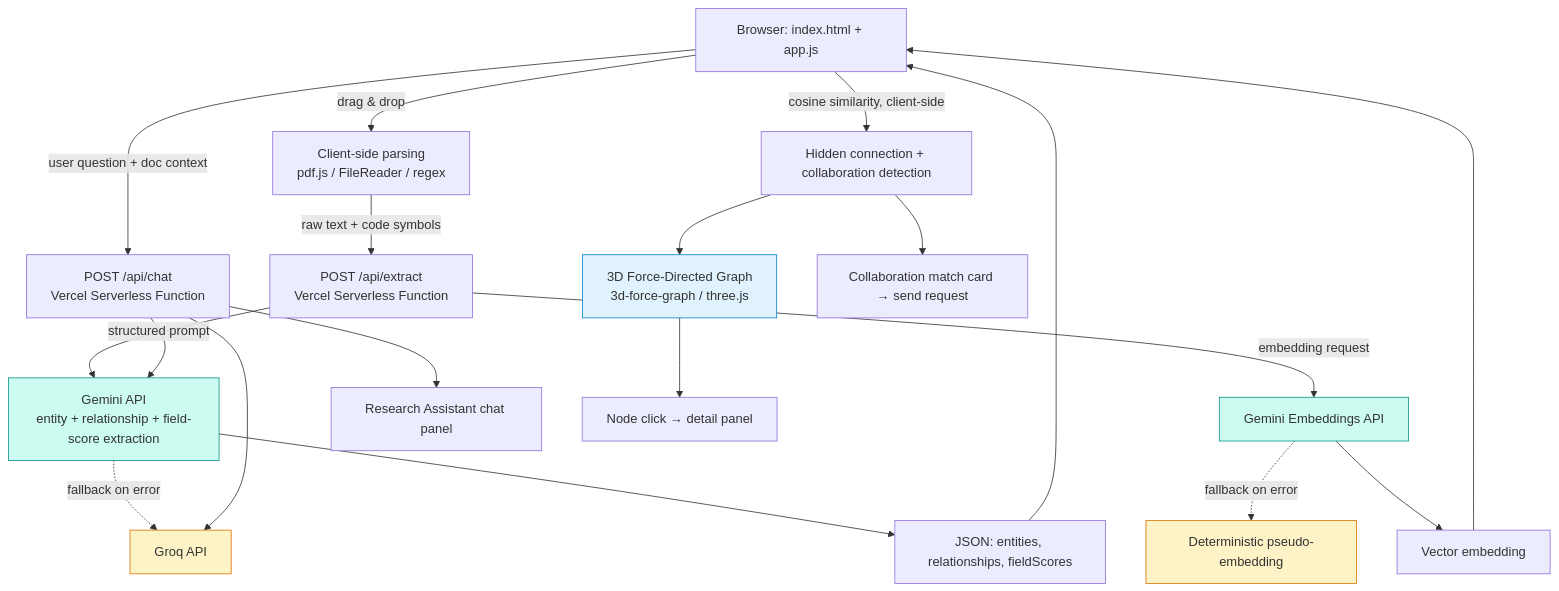
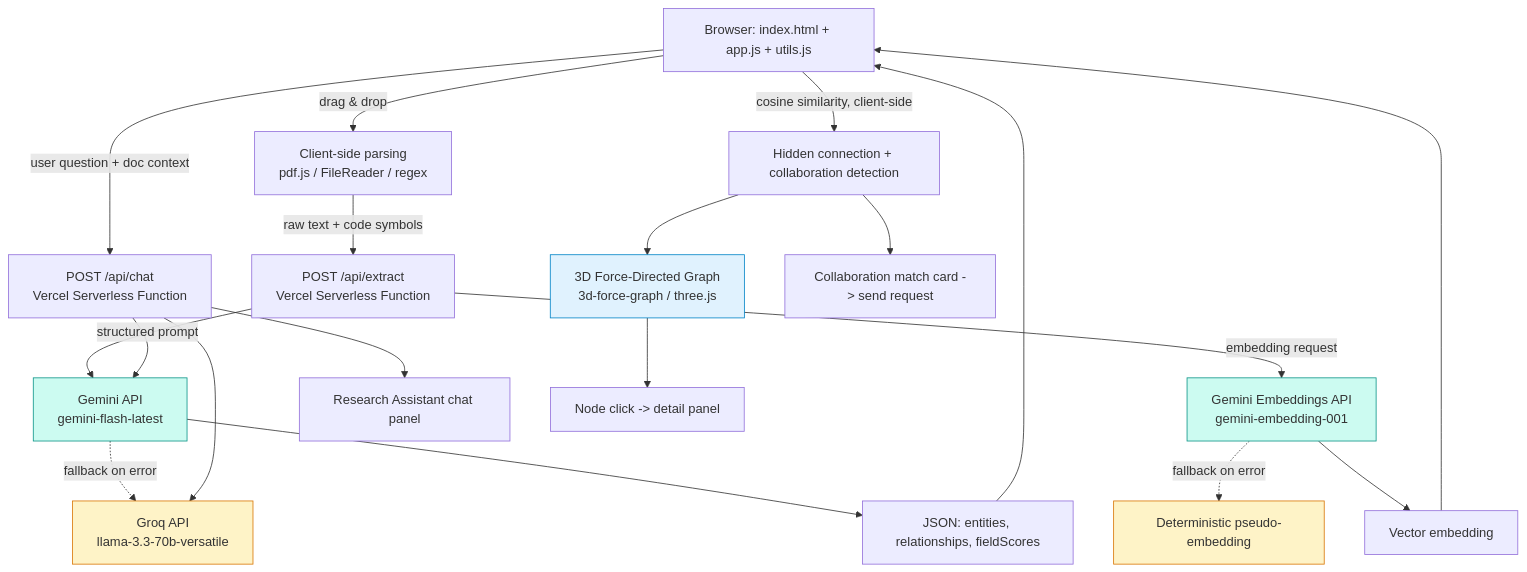
Before and after one commit to Aarav200/graphis: the diagram in README.md, drawn with Mermaid. The commit also changed other lines of this file, not shown here.

````diff
--- a/README.md
+++ b/README.md
@@ -42,27 +165,27 @@
 ```mermaid
 flowchart TD
-    A[Browser: index.html + app.js] -->|drag & drop| B[Client-side parsing<br/>pdf.js / FileReader / regex]
+    A[Browser: index.html + app.js + utils.js] -->|drag & drop| B[Client-side parsing<br/>pdf.js / FileReader / regex]
     B -->|raw text + code symbols| C[POST /api/extract<br/>Vercel Serverless Function]
-    C -->|structured prompt| D[Gemini API<br/>entity + relationship + field-score extraction]
-    C -->|embedding request| E[Gemini Embeddings API]
-    D -.fallback on error.-> F[Groq API]
+    C -->|structured prompt| D[Gemini API<br/>gemini-flash-latest]
+    C -->|embedding request| E[Gemini Embeddings API<br/>gemini-embedding-001]
+    D -.fallback on error.-> F[Groq API<br/>llama-3.3-70b-versatile]
     E -.fallback on error.-> G[Deterministic pseudo-embedding]
     D --> H[JSON: entities, relationships, fieldScores]
     E --> I[Vector embedding]
     H --> A
     I --> A
     A -->|cosine similarity, client-side| J[Hidden connection + collaboration detection]
     J --> K[3D Force-Directed Graph<br/>3d-force-graph / three.js]
     A -->|user question + doc context| L[POST /api/chat<br/>Vercel Serverless Function]
     L --> D
     L --> F
     L --> A2[Research Assistant chat panel]
-    K --> M[Node click → detail panel]
-    J --> N[Collaboration match card → send request]
+    K --> M[Node click -> detail panel]
+    J --> N[Collaboration match card -> send request]
 
     style D fill:#ccfbf1,stroke:#0d9488
     style E fill:#ccfbf1,stroke:#0d9488
     style F fill:#fef3c7,stroke:#d97706
     style G fill:#fef3c7,stroke:#d97706
     style K fill:#e0f2fe,stroke:#0284c7
 ```
````
